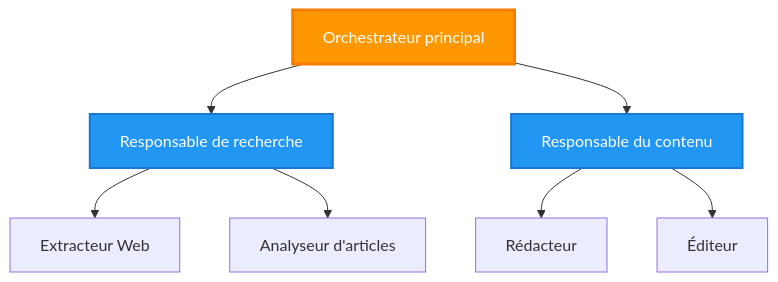
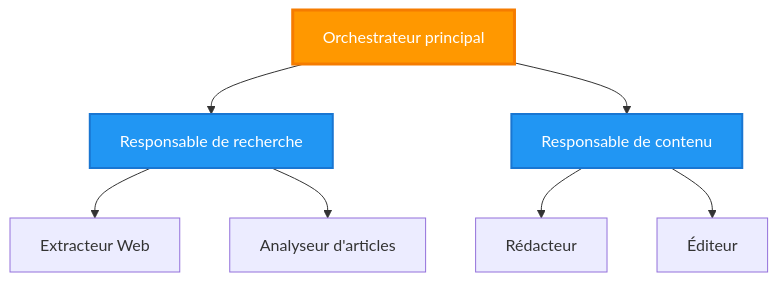
One commit to microsoft/AZD-for-beginners changed the third of 6 diagrams in translations/fr/docs/chapter-06-pre-deployment/coordination-patterns.md. Above: the diagram before and after it, drawn with Mermaid. The commit also changed other lines of this file and 101 other files, not shown here.

````diff
--- a/translations/fr/docs/chapter-06-pre-deployment/coordination-patterns.md
+++ b/translations/fr/docs/chapter-06-pre-deployment/coordination-patterns.md
@@ -149,21 +144,21 @@
 ```mermaid
 graph TB
     Master[Orchestrateur principal]
     Manager1[Responsable de recherche]
-    Manager2[Responsable du contenu]
+    Manager2[Responsable de contenu]
     W1[Extracteur Web]
     W2[Analyseur d'articles]
     W3[Rédacteur]
     W4[Éditeur]
     
     Master --> Manager1
     Master --> Manager2
     Manager1 --> W1
     Manager1 --> W2
     Manager2 --> W3
     Manager2 --> W4
     
     style Master fill:#FF9800,stroke:#F57C00,stroke-width:3px,color:#fff
     style Manager1 fill:#2196F3,stroke:#1976D2,stroke-width:2px,color:#fff
     style Manager2 fill:#2196F3,stroke:#1976D2,stroke-width:2px,color:#fff
 ```
````
